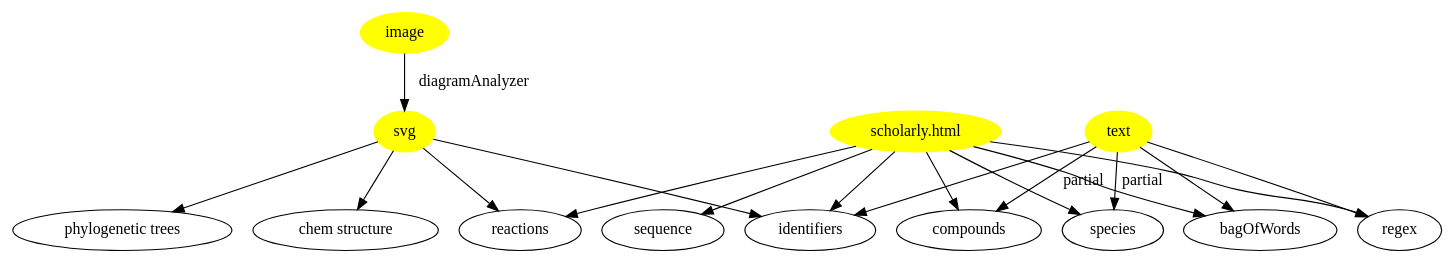
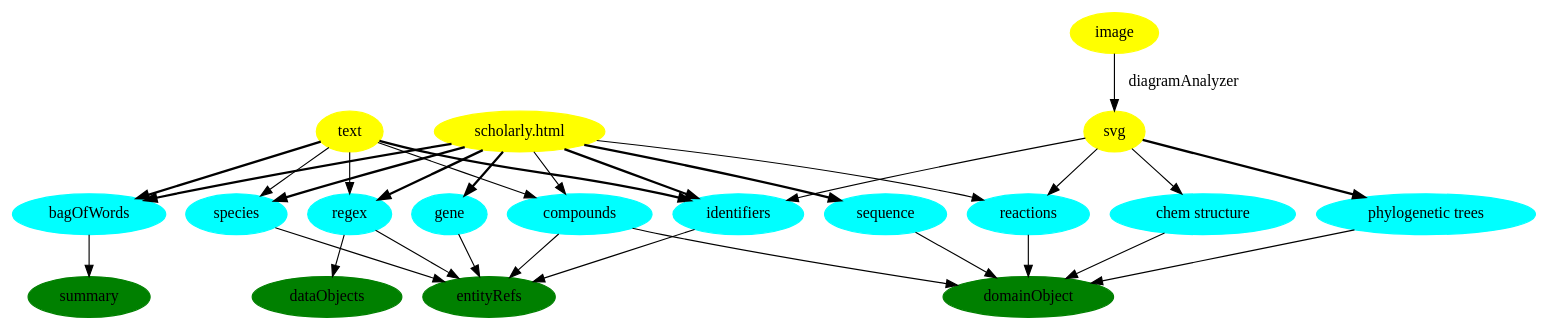
One commit to ContentMine/ami changed the diagram in src/main/resources/org/xmlcml/ami2/plugins/ami.dot. Above: the diagram before and after it, drawn with Graphviz. The commit also changed 5 other files, not shown here.

```diff
--- a/src/main/resources/org/xmlcml/ami2/plugins/ami.dot
+++ b/src/main/resources/org/xmlcml/ami2/plugins/ami.dot
@@ -1,44 +1,63 @@
 digraph amiplugins {
 
 "s.html" [label="scholarly.html", style="filled", color="yellow"];
 "txt" [label="text", style="filled", color="yellow"];
 "png" [label="image", style="filled", color="yellow"];
 "svg" [label="svg", style="filled", color="yellow"];
 
+"summary" [label="summary", style="filled", color="green"]
+"entityRefs" [label="entityRefs", style="filled", color="green"]
+"data" [label="dataObjects", style="filled", color="green"]
+"object" [label="domainObject", style="filled", color="green"]
+
 "png" -> "svg" [label="diagramAnalyzer"];
 
-"bow" [label="bagOfWords"]
-"txt" -> "bow";
-"s.html" -> "bow";
+"bow" [label="bagOfWords", style="filled", color="cyan"]
+"txt" -> "bow" [style="bold"];
+"s.html" -> "bow" [style="bold"];
+"bow" -> "summary"
 
-"ids" [label="identifiers"]
-"txt" -> "ids";
-"s.html" -> "ids";
+"ids" [label="identifiers", style="filled", color="cyan"]
+"txt" -> "ids" [style="bold"];
+"s.html" -> "ids" [style="bold"];
 "svg" -> "ids";
+"ids" -> "entityRefs"
 
-"regex" [label="regex"]
+"gene" [label="gene", style="filled", color="cyan"]
+"s.html" -> "gene" [style="bold"];
+"gene" -> "entityRefs"
+
+"regex" [label="regex", style="filled", color="cyan"]
 "txt" -> "regex";
-"s.html" -> "regex";
+"s.html" -> "regex" [style="bold"];
+"regex" -> "entityRefs"
+"regex" -> "data"
 
-"chemstruct" [label="chem structure"]
+"chemstruct" [label="chem structure", style="filled", color="cyan"]
 "svg" -> "chemstruct";
+"chemstruct" -> "object";
 
-"species" [label="species"]
-"s.html" -> "species";
-"txt" -> "species" [label="partial"];
+"species" [label="species", style="filled", color="cyan"]
+"s.html" -> "species" [style="bold"];
+"txt" -> "species" ;
+"species" -> entityRefs
 
-"sequence" [label="sequence"]
-"s.html" -> "sequence";
+"sequence" [label="sequence", style="filled", color="cyan"]
+"s.html" -> "sequence" [style="bold"];
+"sequence" -> "object"
 
-"compounds" [label="compounds"]
+"compounds" [label="compounds", style="filled", color="cyan"]
 "s.html" -> "compounds";
-"txt" -> "compounds" [label="partial"];
+"txt" -> "compounds";
+"compounds" -> {"entityRefs" "object"}
 
-"reactions" [label="reactions"]
+"reactions" [label="reactions", style="filled", color="cyan"]
 "s.html" -> "reactions";
 "svg" -> "reactions" ;
+"reactions" -> {"object"}
 
-"phylo" [label="phylogenetic trees"]
-"svg" -> "phylo";
+"phylo" [label="phylogenetic trees", style="filled", color="cyan"]
+"svg" -> "phylo" [style="bold"];
+"phylo" -> {"object"}
 
 }
```
